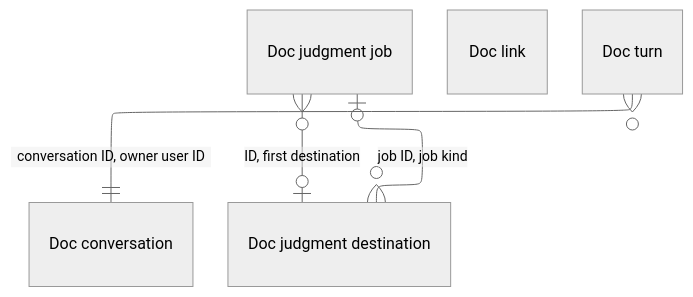
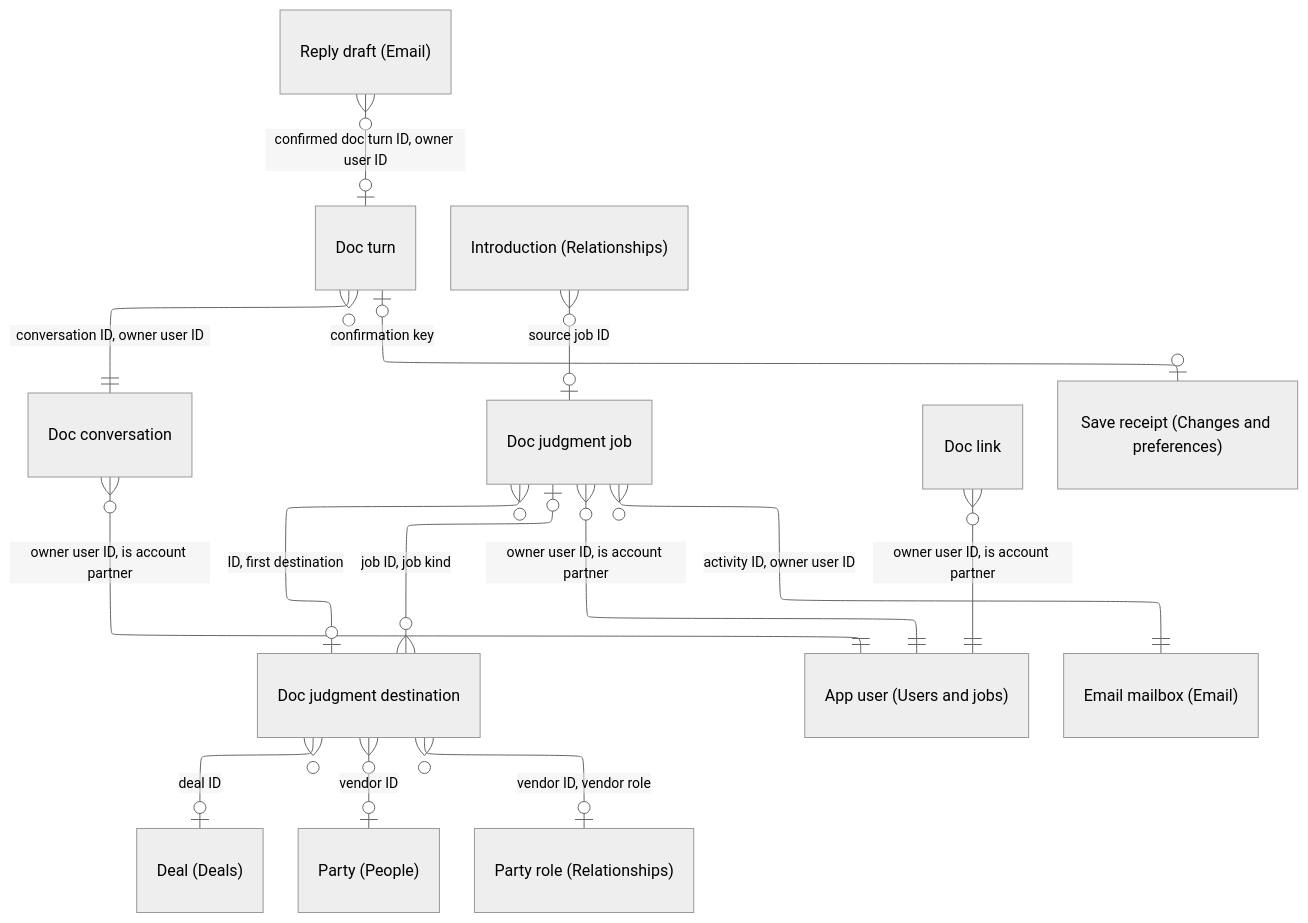
One commit to DoctorCRE/doctorcre-engine changed the diagram in docs/database/tables/viewpoint-doc.md. Above: the diagram before and after it, drawn with Mermaid (neutral theme). The commit also changed other lines of this file and 27 other files, not shown here.

````diff
--- a/docs/database/tables/viewpoint-doc.md
+++ b/docs/database/tables/viewpoint-doc.md
@@ -3,18 +3,28 @@
 ```mermaid
 ---
 config:
   layout: elk
   er:
     nodeSpacing: 22
     rankSpacing: 44
 ---
 erDiagram
   "Doc conversation"
   "Doc judgment destination"
   "Doc judgment job"
   "Doc link"
   "Doc turn"
+  "Doc conversation" }o--|| "App user (Users and jobs)" : "owner user ID, is account partner"
+  "Doc judgment destination" }o--o| "Deal (Deals)" : "deal ID"
   "Doc judgment destination" }o--o| "Doc judgment job" : "job ID, job kind"
+  "Doc judgment destination" }o--o| "Party (People)" : "vendor ID"
+  "Doc judgment destination" }o--o| "Party role (Relationships)" : "vendor ID, vendor role"
+  "Doc judgment job" }o--|| "App user (Users and jobs)" : "owner user ID, is account partner"
   "Doc judgment job" }o--o| "Doc judgment destination" : "ID, first destination"
+  "Doc judgment job" }o--|| "Email mailbox (Email)" : "activity ID, owner user ID"
+  "Doc link" }o--|| "App user (Users and jobs)" : "owner user ID, is account partner"
   "Doc turn" }o--|| "Doc conversation" : "conversation ID, owner user ID"
+  "Doc turn" |o--o| "Save receipt (Changes and preferences)" : "confirmation key"
+  "Introduction (Relationships)" }o--o| "Doc judgment job" : "source job ID"
+  "Reply draft (Email)" }o--o| "Doc turn" : "confirmed doc turn ID, owner user ID"
 ```
````
